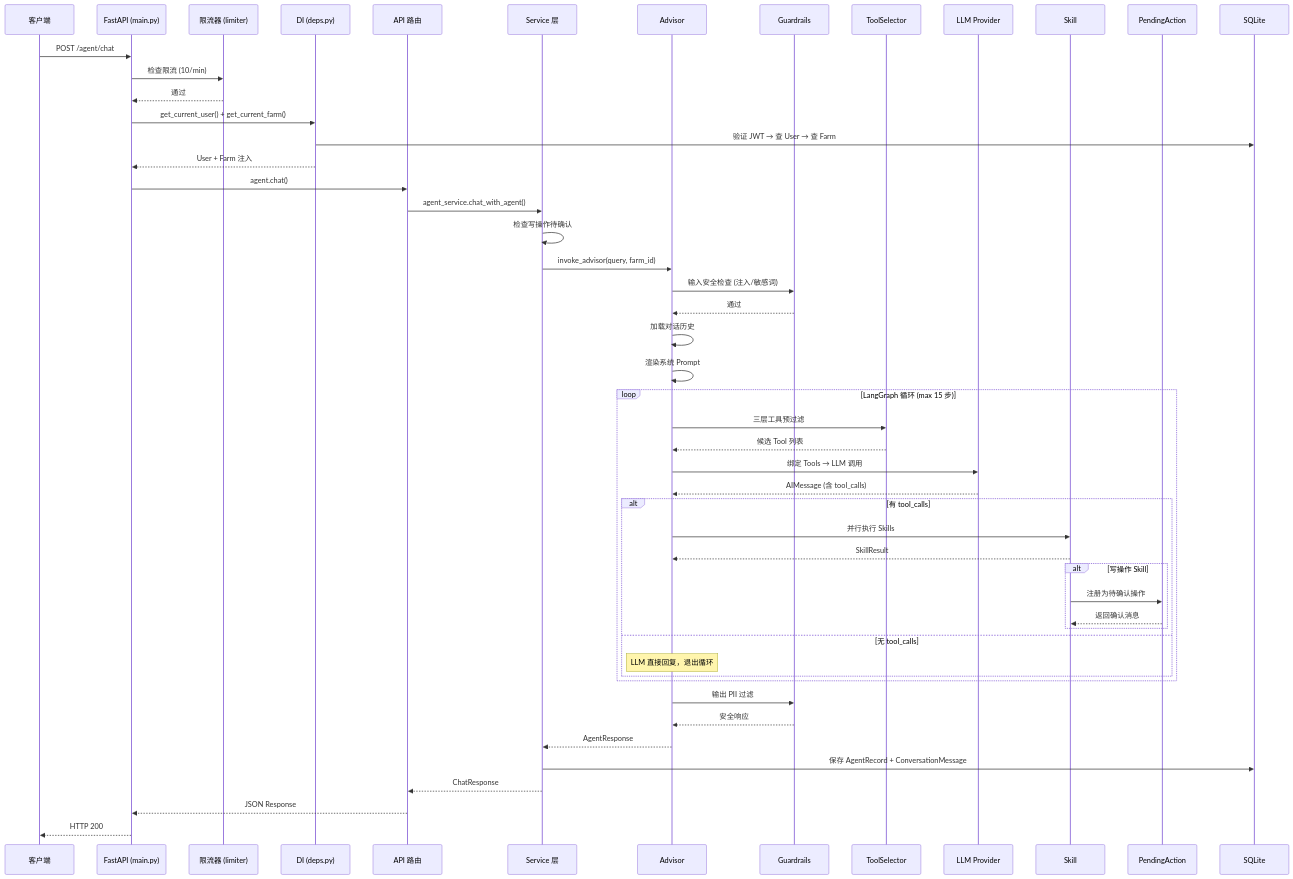
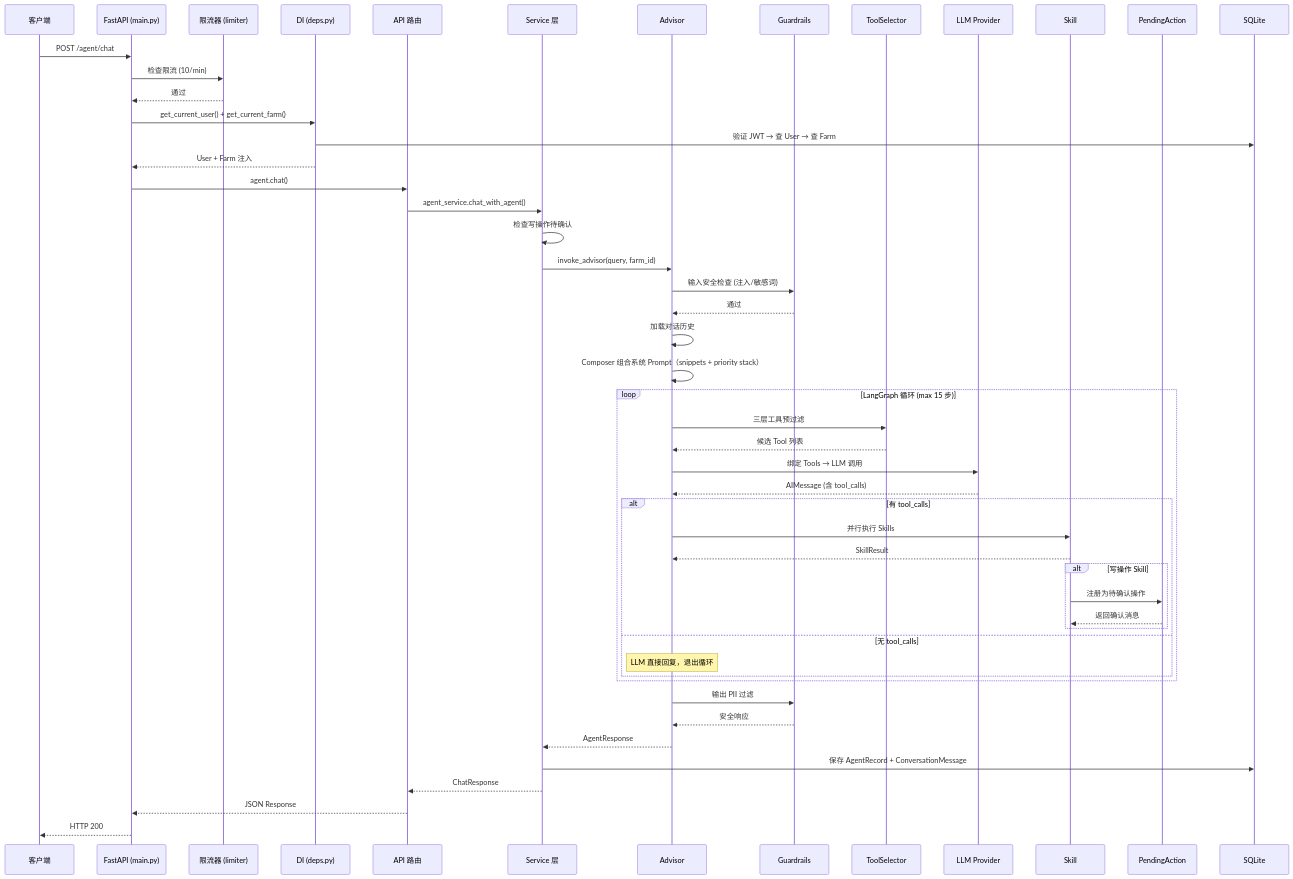
One commit to ArtLjn/agriagent-os changed the third of 11 diagrams in docs/architecture/backend-architecture.md. Above: the diagram before and after it, drawn with Mermaid. The commit also changed other lines of this file and 7 other files, not shown here.

First line of the commit message:
refactor(prompt): base.j2 迁移到 Composer snippets 组合渲染

````diff
--- a/docs/architecture/backend-architecture.md
+++ b/docs/architecture/backend-architecture.md
@@ -215,61 +215,61 @@
 ```mermaid
 sequenceDiagram
     participant C as 客户端
     participant M as FastAPI (main.py)
     participant L as 限流器 (limiter)
     participant D as DI (deps.py)
     participant API as API 路由
     participant Svc as Service 层
     participant Adv as Advisor
     participant G as Guardrails
     participant TS as ToolSelector
     participant LLM as LLM Provider
     participant SK as Skill
     participant PA as PendingAction
     participant DB as SQLite
 
     C->>M: POST /agent/chat
     M->>L: 检查限流 (10/min)
     L-->>M: 通过
     M->>D: get_current_user() + get_current_farm()
     D->>DB: 验证 JWT → 查 User → 查 Farm
     D-->>M: User + Farm 注入
     M->>API: agent.chat()
     API->>Svc: agent_service.chat_with_agent()
 
     Svc->>Svc: 检查写操作待确认
     Svc->>Adv: invoke_advisor(query, farm_id)
 
     Adv->>G: 输入安全检查 (注入/敏感词)
     G-->>Adv: 通过
 
     Adv->>Adv: 加载对话历史
-    Adv->>Adv: 渲染系统 Prompt
+    Adv->>Adv: Composer 组合系统 Prompt（snippets + priority stack）
 
     loop LangGraph 循环 (max 15 步)
         Adv->>TS: 三层工具预过滤
         TS-->>Adv: 候选 Tool 列表
         Adv->>LLM: 绑定 Tools → LLM 调用
         LLM-->>Adv: AIMessage (含 tool_calls)
 
         alt 有 tool_calls
             Adv->>SK: 并行执行 Skills
             SK-->>Adv: SkillResult
             alt 写操作 Skill
                 SK->>PA: 注册为待确认操作
                 PA-->>SK: 返回确认消息
             end
         else 无 tool_calls
             Note over Adv: LLM 直接回复，退出循环
         end
     end
 
     Adv->>G: 输出 PII 过滤
     G-->>Adv: 安全响应
 
     Adv-->>Svc: AgentResponse
     Svc->>DB: 保存 AgentRecord + ConversationMessage
     Svc-->>API: ChatResponse
     API-->>M: JSON Response
     M-->>C: HTTP 200
 ```
````
